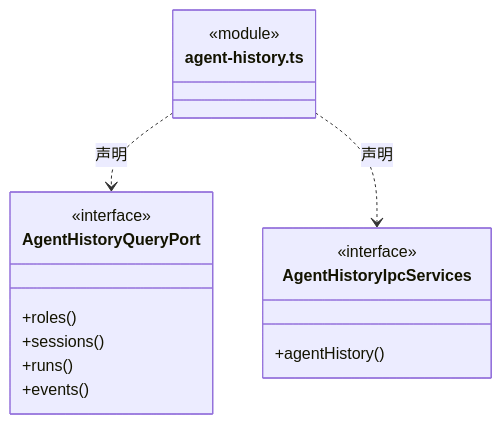
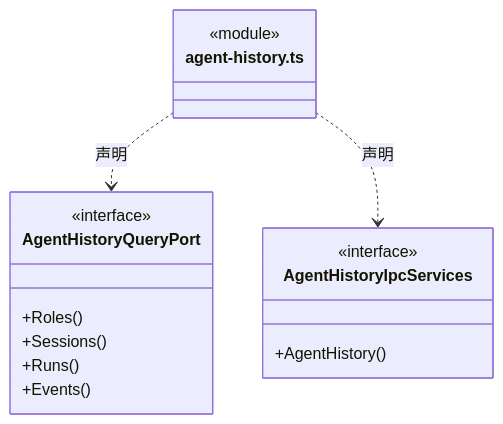
One commit to nan023062/cbim changed the second of 22 diagrams in src/bridge/server/ipc/ARCHITECTURE.md. Above: the diagram before and after it, drawn with Mermaid. The commit also changed other lines of this file and 1035 other files, not shown here.

````diff
--- a/src/bridge/server/ipc/ARCHITECTURE.md
+++ b/src/bridge/server/ipc/ARCHITECTURE.md
@@ -43,19 +43,19 @@
 ```mermaid
 classDiagram
 class N_src_bridge_server_ipc_agent_history_ts["agent-history.ts"] {
   <<module>>
 }
 class N_src_bridge_server_ipc_agent_history_ts_AgentHistoryQueryPort["AgentHistoryQueryPort"] {
   <<interface>>
-  +roles()
-  +sessions()
-  +runs()
-  +events()
+  +Roles()
+  +Sessions()
+  +Runs()
+  +Events()
 }
 N_src_bridge_server_ipc_agent_history_ts ..> N_src_bridge_server_ipc_agent_history_ts_AgentHistoryQueryPort : 声明
 class N_src_bridge_server_ipc_agent_history_ts_AgentHistoryIpcServices["AgentHistoryIpcServices"] {
   <<interface>>
-  +agentHistory()
+  +AgentHistory()
 }
 N_src_bridge_server_ipc_agent_history_ts ..> N_src_bridge_server_ipc_agent_history_ts_AgentHistoryIpcServices : 声明
 ```
````
